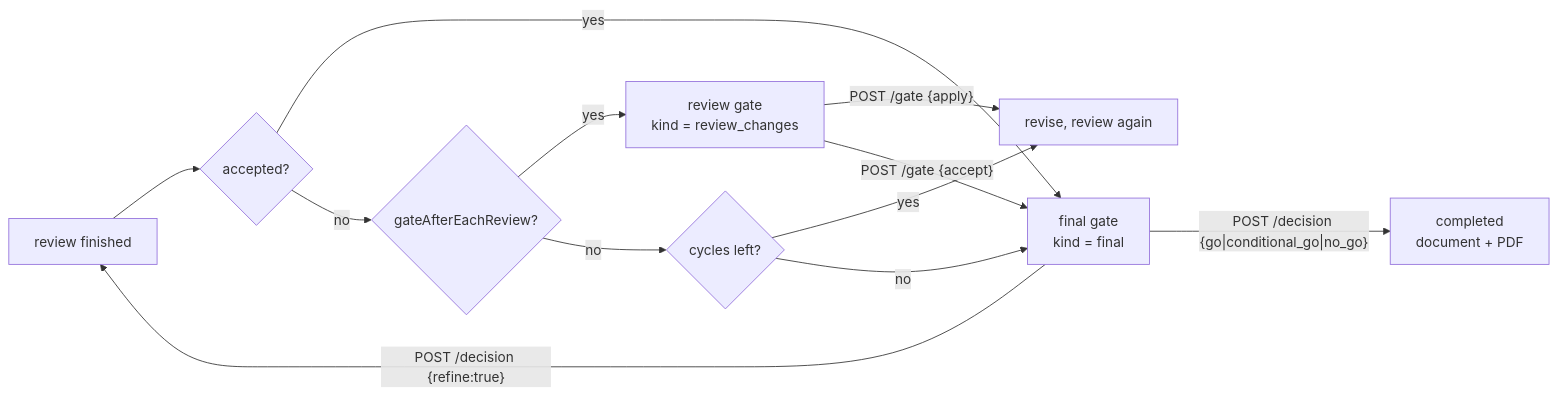
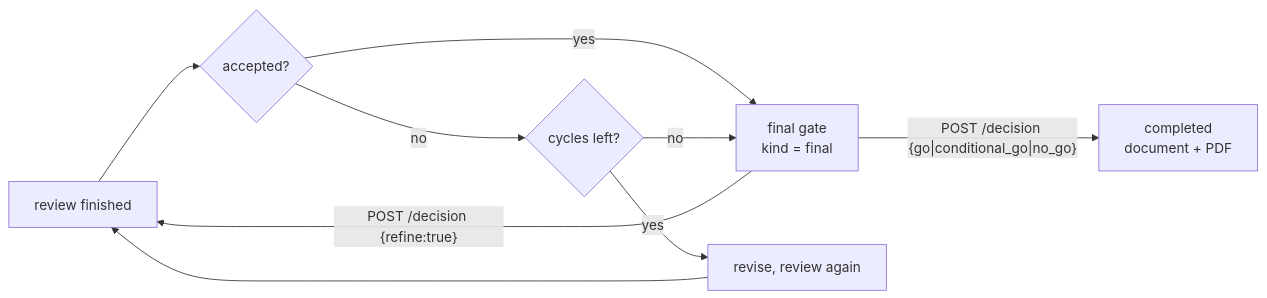
Before and after one commit to keensap/AIFactory: the eighth of 18 diagrams in docs/ARCHITECTURE.md, drawn with Mermaid. The commit also changed other lines of this file and 10 other files, not shown here.

````diff
--- a/docs/ARCHITECTURE.md
+++ b/docs/ARCHITECTURE.md
@@ -287,14 +283,11 @@
 ```mermaid
 flowchart LR
   review["review finished"] --> accepted{"accepted?"}
   accepted -- "yes" --> final["final gate<br/>kind = final"]
-  accepted -- "no" --> gating{"gateAfterEachReview?"}
-  gating -- "yes" --> rg["review gate<br/>kind = review_changes"]
-  gating -- "no" --> more{"cycles left?"}
+  accepted -- "no" --> more{"cycles left?"}
   more -- "yes" --> revise["revise, review again"]
+  revise --> review
   more -- "no" --> final
-  rg -->|"POST /gate {apply}"| revise
-  rg -->|"POST /gate {accept}"| final
   final -->|"POST /decision {refine:true}"| review
   final -->|"POST /decision {go|conditional_go|no_go}"| done["completed<br/>document + PDF"]
 ```
````
